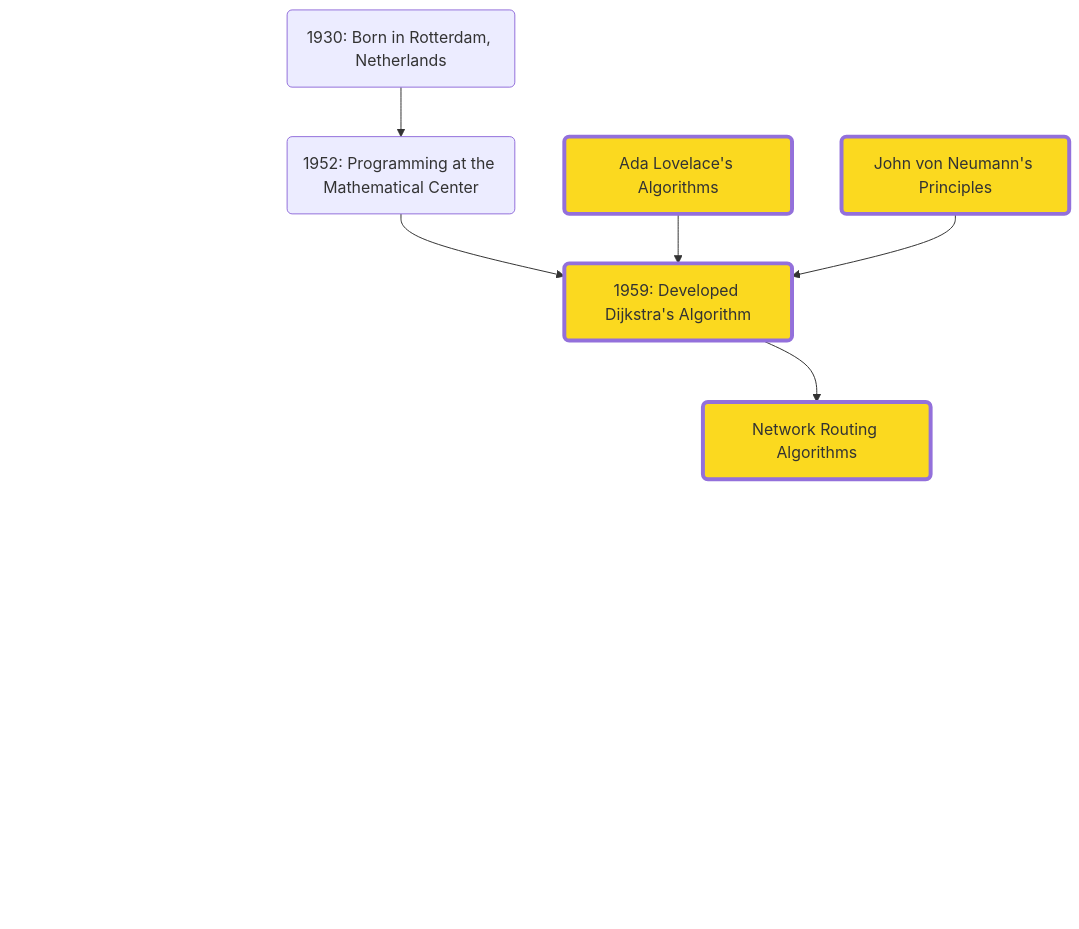
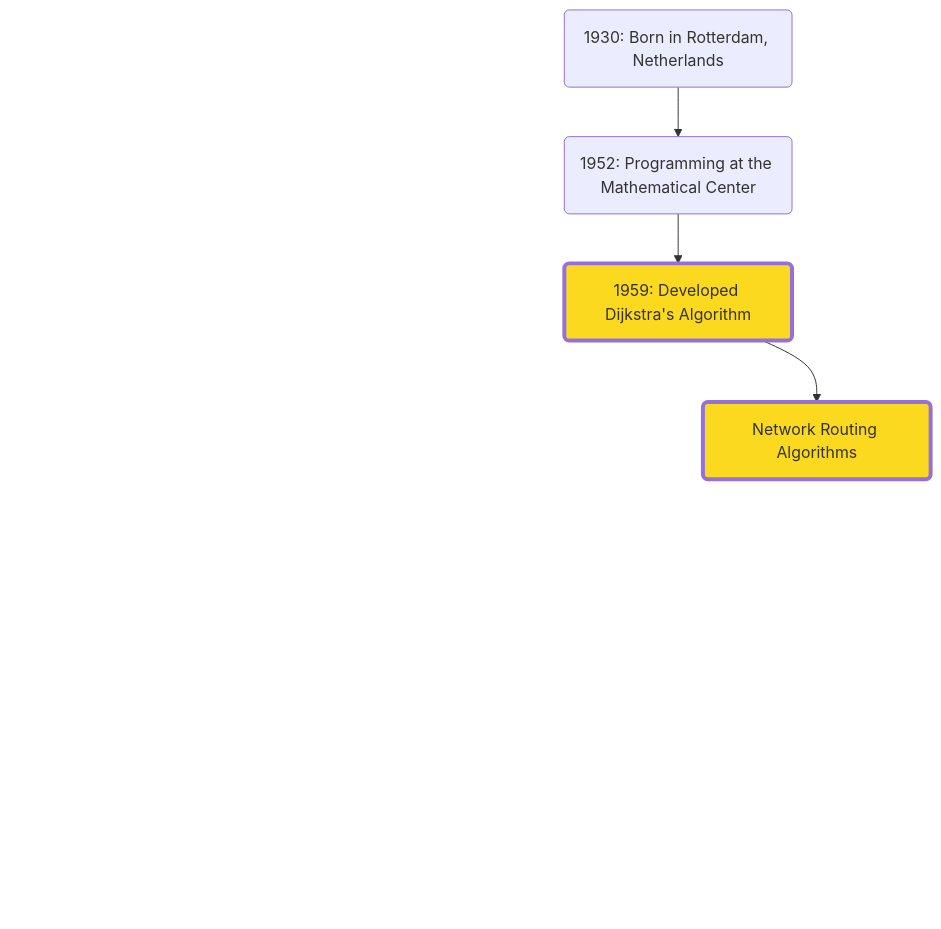
One commit to Furkanzmc/cppnorth-2024-shoulders-we-stand-on changed the first of 5 diagrams in pages/act-2.md. Above: the diagram before and after it, drawn with Mermaid. The commit also changed other lines of this file and 5 other files, not shown here.

````diff
--- a/pages/act-2.md
+++ b/pages/act-2.md
@@ -207,32 +199,27 @@
 ```mermaid {scale: 0.65}
 graph TD
     %% Edsger W. Dijkstra's life
     A(1930: Born in Rotterdam, Netherlands) --> B(1952: Programming at the Mathematical Center)
     B --> C(1959: Developed Dijkstra's Algorithm)
     C --> D(1968: Published 'A Case against the GO TO Statement')
     D --> E(1965: Semaphore Concept in 'Coordinating Concurrent Processes')
     E --> F(1971: Introduced Dining Philosophers Problem)
     F --> G(1984: Turing Award for contributions to programming languages)
 
-    %% Influences on Dijkstra
-    X1(Ada Lovelace's Algorithms) --> C
-    X2(John von Neumann's Principles) --> C
-
     %% Dijkstra's influences on others
     C --> Y1(Network Routing Algorithms)
     D --> Y2(Structured Programming Principles)
     E --> Y3(Research in Distributed Systems)
     F --> Y4(Concepts in Concurrent Programming)
 
     classDef grayout fill:transparent,stroke:transparent,stroke-width:0px,color:transparent;
     classDef highlight fill:#fbd91f,stroke:#33,stroke-width:4px;
 
-    class X1 highlight;
     class X2 highlight;
     class C highlight;
     class Y1 highlight;
     
     class D,E,F,G,Y2,Y3,Y4 grayout;
 
-    linkStyle 2,3,4,5,9,10,11 display:none;
+    linkStyle 2,3,4,5,7,8,9 display:none;
 ```
````
